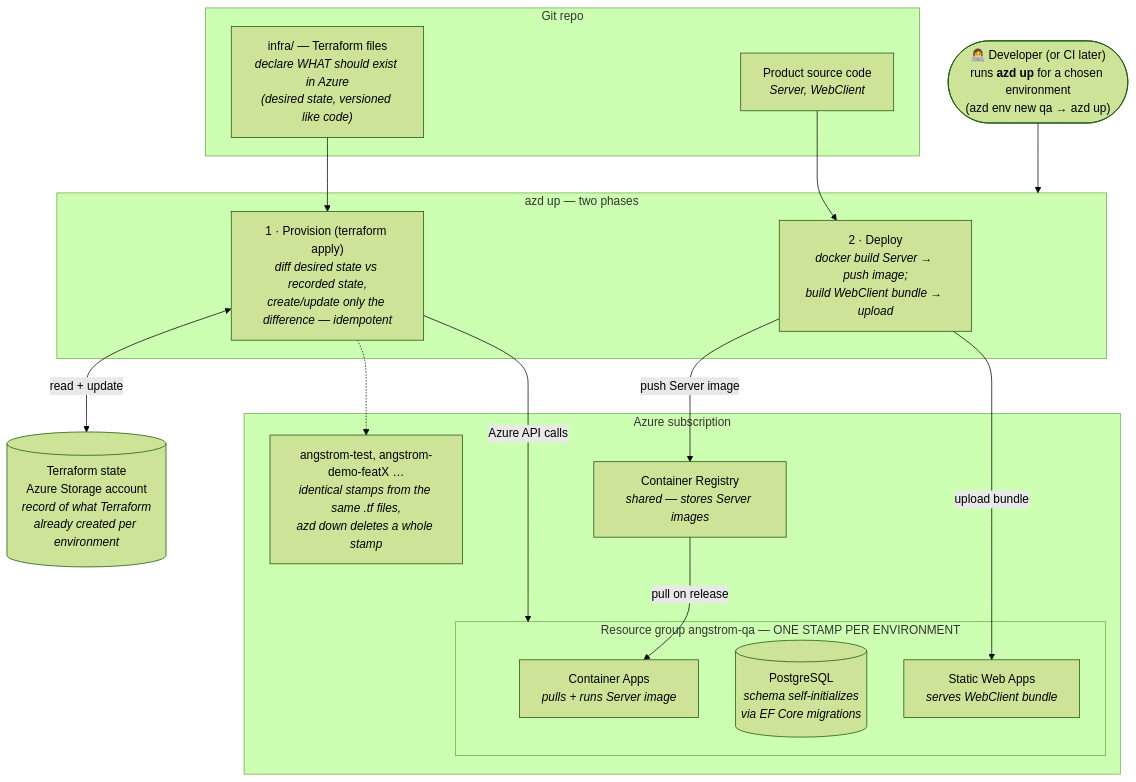
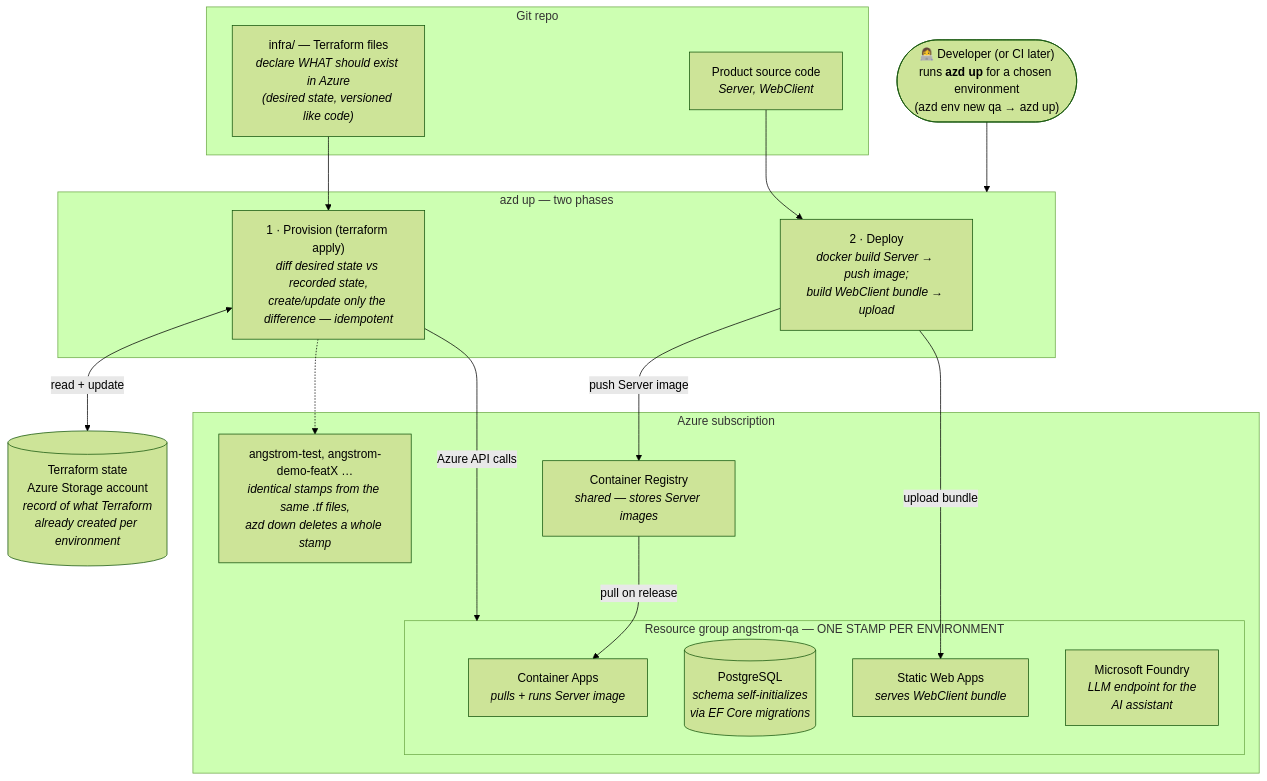
One commit to Anarkin/angstrom-commander changed the fifth of 5 diagrams in CLAUDE.md. Above: the diagram before and after it, drawn with Mermaid (forest theme). The commit also changed other lines of this file, not shown here.

````diff
--- a/CLAUDE.md
+++ b/CLAUDE.md
@@ -223,36 +224,37 @@
 ```mermaid
 flowchart TB
   dev(["👩‍💻 Developer (or CI later)<br/>runs <b>azd up</b> for a chosen environment<br/>(azd env new qa → azd up)"])
 
   subgraph repo["Git repo"]
     tf["infra/ — Terraform files<br/><i>declare WHAT should exist in Azure<br/>(desired state, versioned like code)</i>"]
     src["Product source code<br/><i>Server, WebClient</i>"]
   end
 
   subgraph up["azd up — two phases"]
     prov["1 · Provision (terraform apply)<br/><i>diff desired state vs recorded state,<br/>create/update only the difference — idempotent</i>"]
     dep["2 · Deploy<br/><i>docker build Server → push image;<br/>build WebClient bundle → upload</i>"]
   end
 
   state[("Terraform state<br/>Azure Storage account<br/><i>record of what Terraform<br/>already created per environment</i>")]
 
   subgraph azure["Azure subscription"]
     acr["Container Registry<br/><i>shared — stores Server images</i>"]
     subgraph rg["Resource group angstrom-qa — ONE STAMP PER ENVIRONMENT"]
       aca["Container Apps<br/><i>pulls + runs Server image</i>"]
       pg[("PostgreSQL<br/><i>schema self-initializes<br/>via EF Core migrations</i>")]
       swa["Static Web Apps<br/><i>serves WebClient bundle</i>"]
+      foundry["Microsoft Foundry<br/><i>LLM endpoint for the<br/>AI assistant</i>"]
     end
     rg2["angstrom-test, angstrom-demo-featX …<br/><i>identical stamps from the same .tf files,<br/>azd down deletes a whole stamp</i>"]
   end
 
   dev --> up
   tf --> prov
   src --> dep
   prov <-->|"read + update"| state
   prov -->|"Azure API calls"| rg
   prov -.-> rg2
   dep -->|"push Server image"| acr
   acr -->|"pull on release"| aca
   dep -->|"upload bundle"| swa
 ```
````
